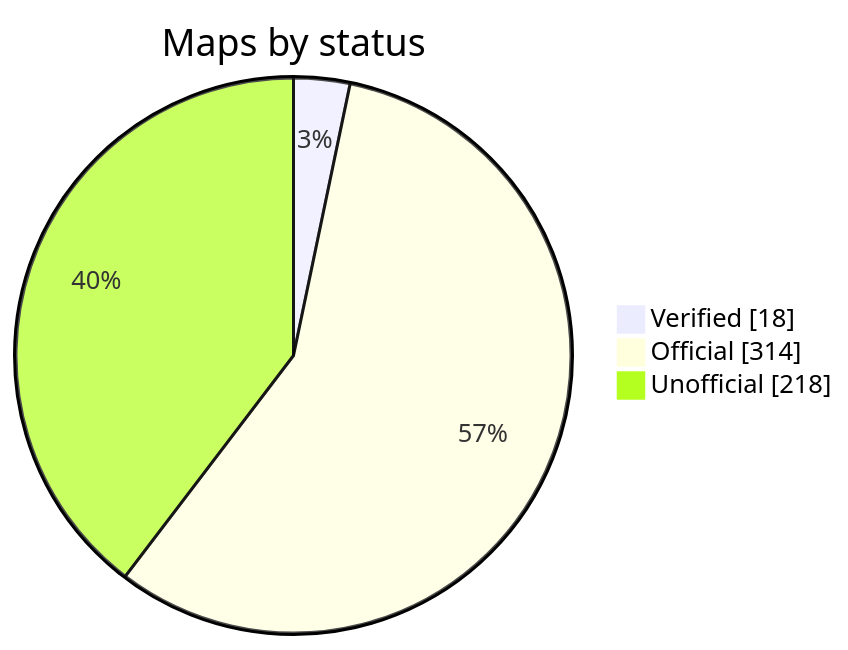
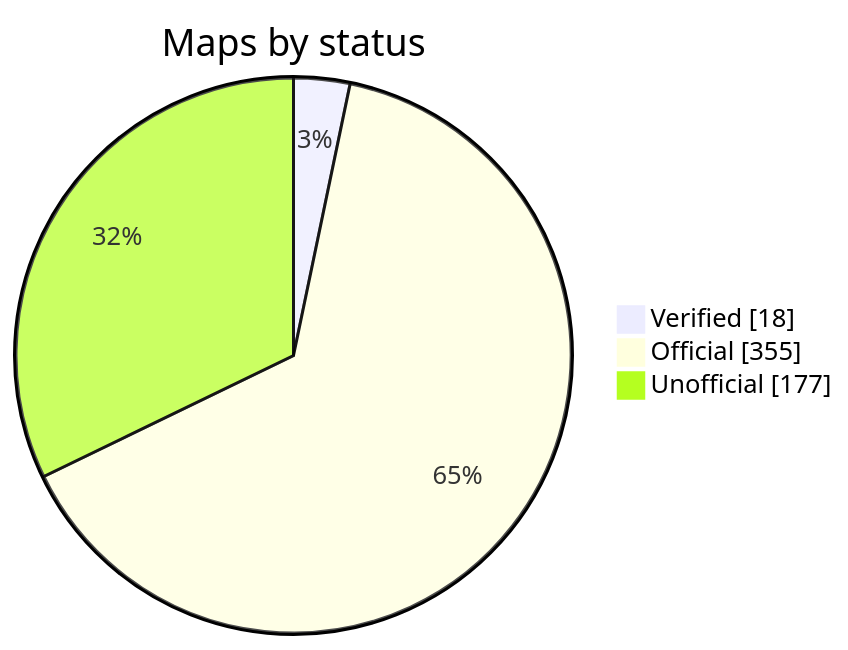
One commit to nobrega8/mbmap-library changed the diagram in README.md. Above: the diagram before and after it, drawn with Mermaid. The commit also changed 49 other files, not shown here.

Commit message:
Check 41 unofficial maps against the manufacturers' documents: 33 now official (Fronius, Kohler, Janitza, Socomec, Entes)

````diff
--- a/README.md
+++ b/README.md
@@ -52,7 +52,7 @@
 ```mermaid
 pie showData
     title Maps by status
     "Verified" : 18
-    "Official" : 314
-    "Unofficial" : 218
+    "Official" : 355
+    "Unofficial" : 177
 ```
````
